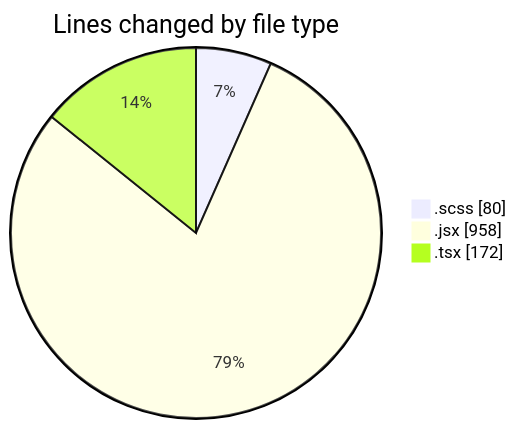
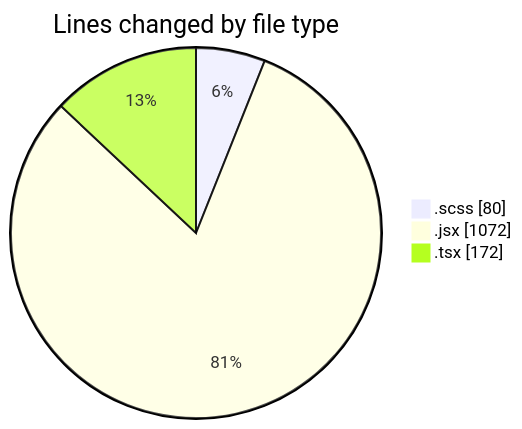
Before and after one commit to momahboobian/code-tracking: the first of 2 diagrams in 2025-06-03/cda/README.md, drawn with Mermaid. The commit also changed other lines of this file and 1 other file, not shown here.

````diff
--- a/2025-06-03/cda/README.md
+++ b/2025-06-03/cda/README.md
@@ -24,7 +24,7 @@
 ```mermaid
 pie showData
 title Lines changed by file type
 ".scss" : 80
-".jsx" : 958
+".jsx" : 1072
 ".tsx" : 172
 ```
````
